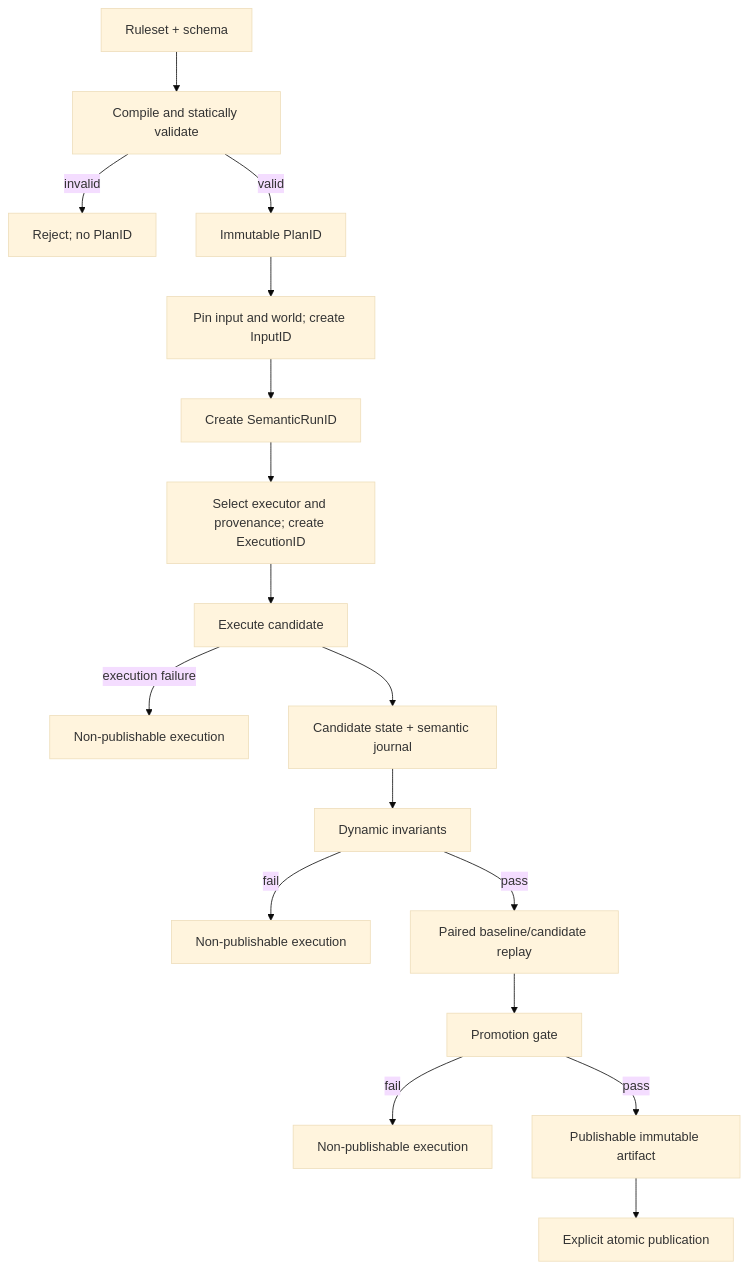
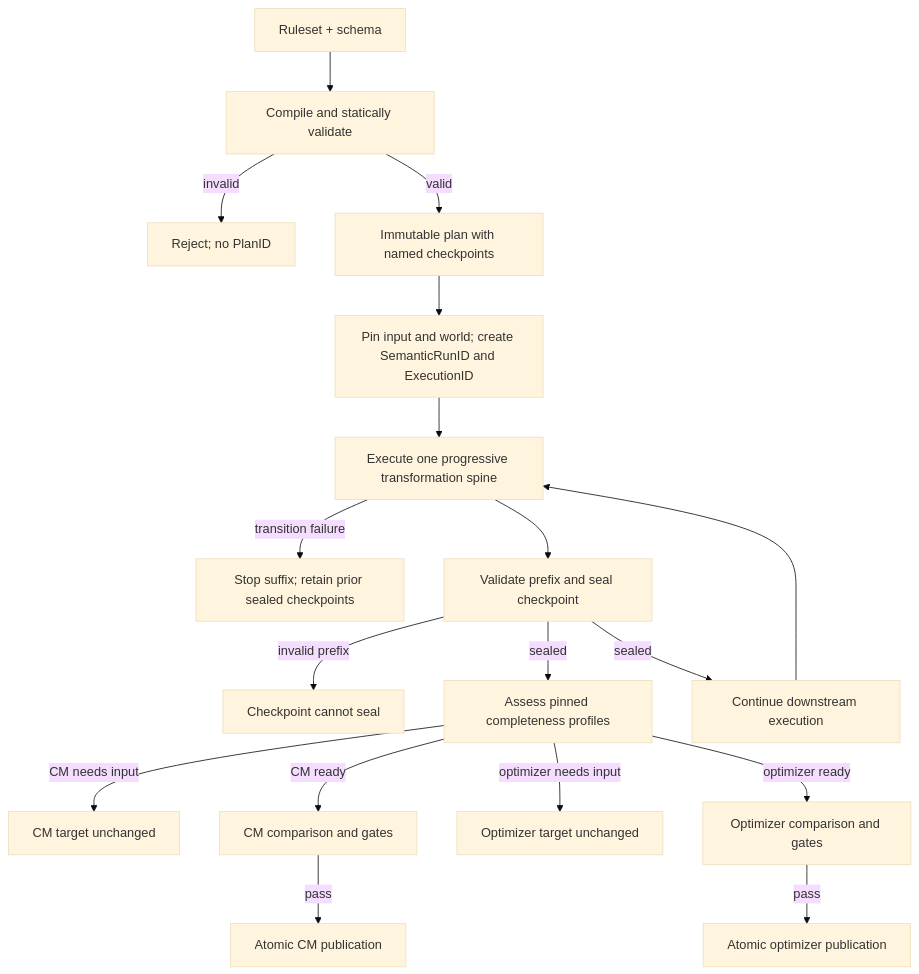
The first of 2 diagrams in docs/superpowers/specs/2026-08-11-maiden-lane-high-level-design.md (jbourne-od/maiden_lane), drawn with Mermaid (base theme) before and after one commit. The commit also changed other lines of this file and 4 other files, not shown here.

Commit message:
docs: define progressive completeness lifecycle

````diff
--- a/docs/superpowers/specs/2026-08-11-maiden-lane-high-level-design.md
+++ b/docs/superpowers/specs/2026-08-11-maiden-lane-high-level-design.md
@@ -413,19 +550,20 @@
 ```mermaid
 flowchart TD
     R["Ruleset + schema"] --> C["Compile and statically validate"]
     C -->|"invalid"| CR["Reject; no PlanID"]
-    C -->|"valid"| P["Immutable PlanID"]
-    P --> I["Pin input and world; create InputID"]
-    I --> SR["Create SemanticRunID"]
-    SR --> X["Select executor and provenance; create ExecutionID"]
-    X --> E["Execute candidate"]
-    E -->|"execution failure"| EF["Non-publishable execution"]
-    E --> S["Candidate state + semantic journal"]
-    S --> V["Dynamic invariants"]
-    V -->|"fail"| VF["Non-publishable execution"]
-    V -->|"pass"| B["Paired baseline/candidate replay"]
-    B --> G["Promotion gate"]
-    G -->|"fail"| GF["Non-publishable execution"]
-    G -->|"pass"| A["Publishable immutable artifact"]
-    A --> PUB["Explicit atomic publication"]
+    C -->|"valid"| P["Immutable plan with named checkpoints"]
+    P --> I["Pin input and world; create SemanticRunID and ExecutionID"]
+    I --> E["Execute one progressive transformation spine"]
+    E -->|"transition failure"| EF["Stop suffix; retain prior sealed checkpoints"]
+    E --> CP["Validate prefix and seal checkpoint"]
+    CP -->|"invalid prefix"| CF["Checkpoint cannot seal"]
+    CP -->|"sealed"| A["Assess pinned completeness profiles"]
+    A -->|"CM needs input"| CMN["CM target unchanged"]
+    A -->|"CM ready"| CMG["CM comparison and gates"]
+    A -->|"optimizer needs input"| ON["Optimizer target unchanged"]
+    A -->|"optimizer ready"| OG["Optimizer comparison and gates"]
+    CMG -->|"pass"| CMP["Atomic CM publication"]
+    OG -->|"pass"| OP["Atomic optimizer publication"]
+    CP -->|"sealed"| NEXT["Continue downstream execution"]
+    NEXT --> E
 ```
````
